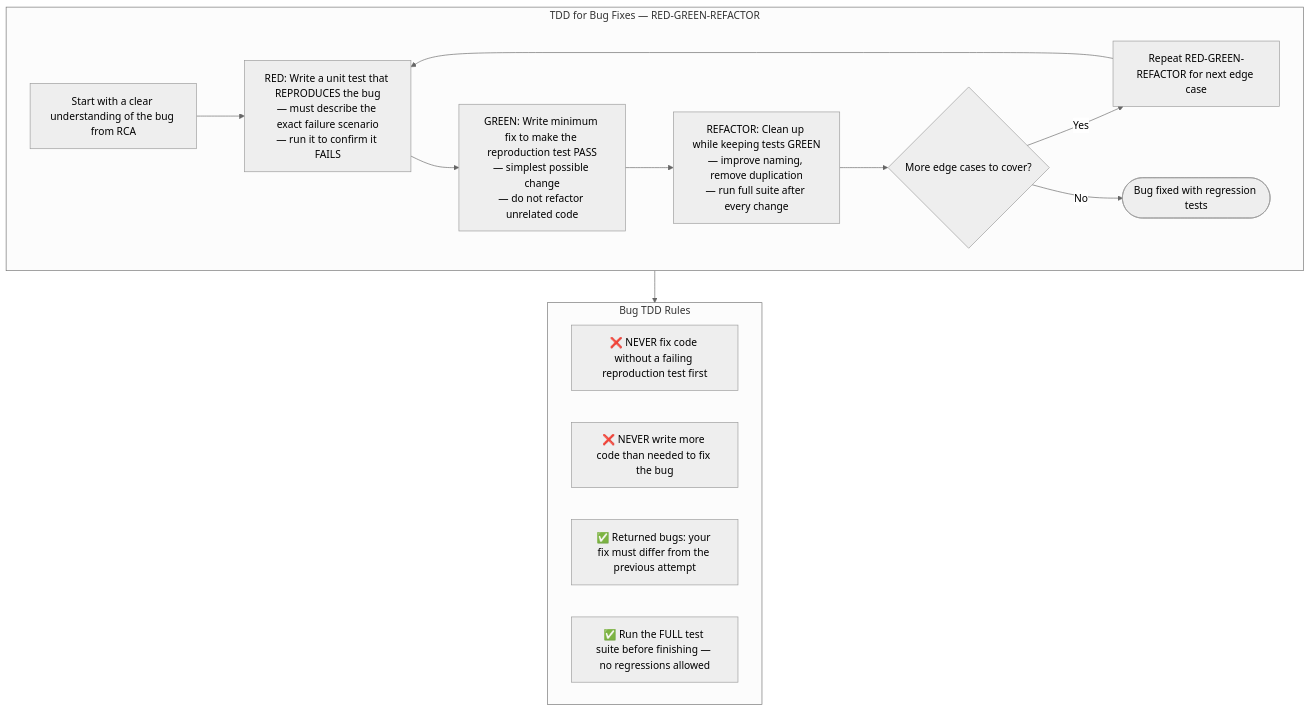
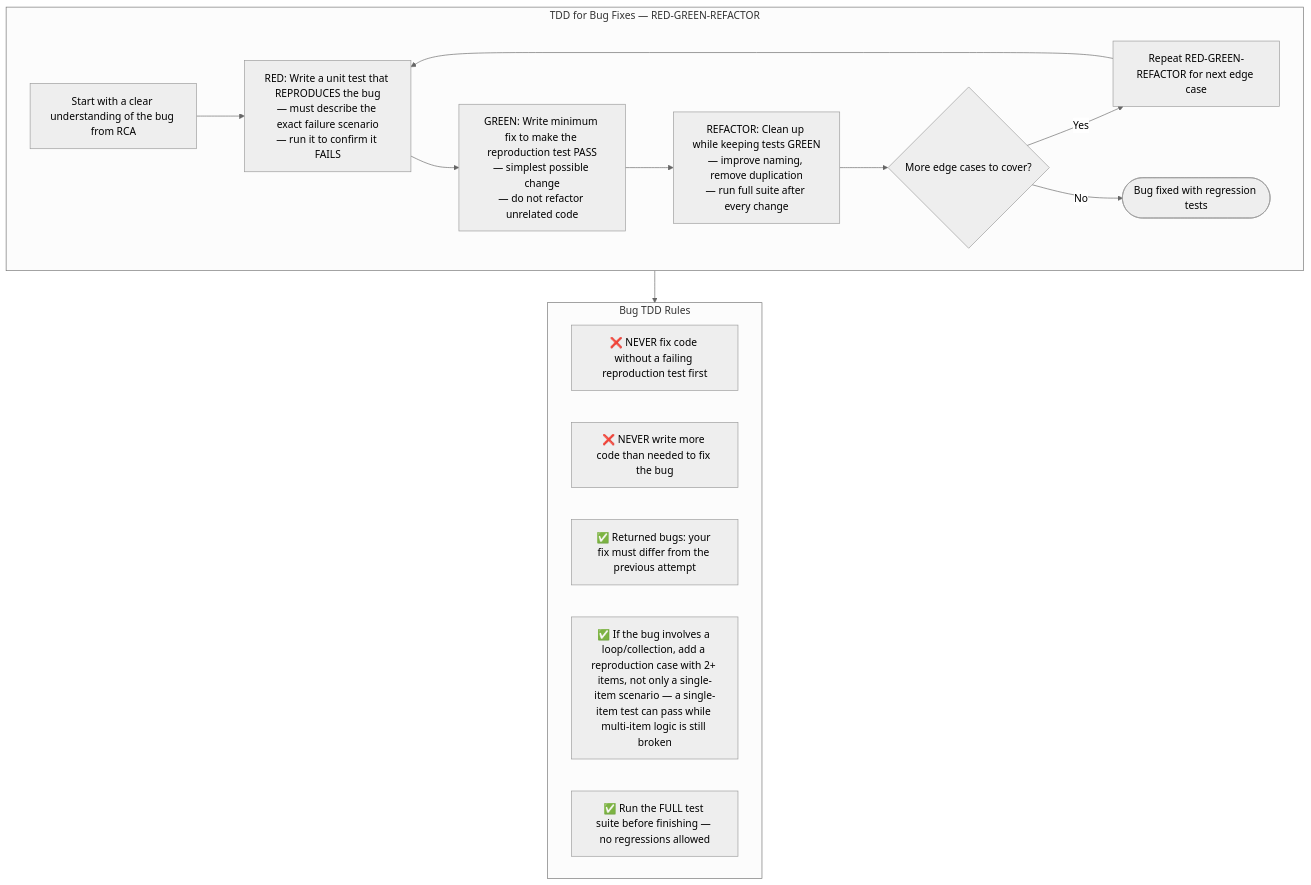
One commit to IstiN/dmtools-agents changed the fourth of 10 diagrams in snapshots/bug_development.md. Above: the diagram before and after it, drawn with Mermaid (neutral theme). The commit also changed other lines of this file and 30 other files, not shown here.

````diff
--- a/snapshots/bug_development.md
+++ b/snapshots/bug_development.md
@@ -122,23 +122,24 @@
 ```mermaid
 flowchart TD
     subgraph TDD["TDD for Bug Fixes — RED-GREEN-REFACTOR"]
         T0["Start with a clear understanding of the bug from RCA"]
         T1["RED: Write a unit test that REPRODUCES the bug<br/>— must describe the exact failure scenario<br/>— run it to confirm it FAILS"]
         T2["GREEN: Write minimum fix to make the reproduction test PASS<br/>— simplest possible change<br/>— do not refactor unrelated code"]
         T3["REFACTOR: Clean up while keeping tests GREEN<br/>— improve naming, remove duplication<br/>— run full suite after every change"]
         T4{"More edge cases to cover?"}
         T5["Repeat RED-GREEN-REFACTOR for next edge case"]
         T0 --> T1 --> T2 --> T3 --> T4
         T4 -->|Yes| T5 --> T1
         T4 -->|No| DONE([Bug fixed with regression tests])
     end
 
     subgraph RULES["Bug TDD Rules"]
         R1["❌ NEVER fix code without a failing reproduction test first"]
         R2["❌ NEVER write more code than needed to fix the bug"]
         R3["✅ Returned bugs: your fix must differ from the previous attempt"]
-        R4["✅ Run the FULL test suite before finishing — no regressions allowed"]
+        R4["✅ If the bug involves a loop/collection, add a reproduction case with 2+ items, not only a single-item scenario — a single-item test can pass while multi-item logic is still broken"]
+        R5["✅ Run the FULL test suite before finishing — no regressions allowed"]
     end
 
     TDD --> RULES
 ```
````
